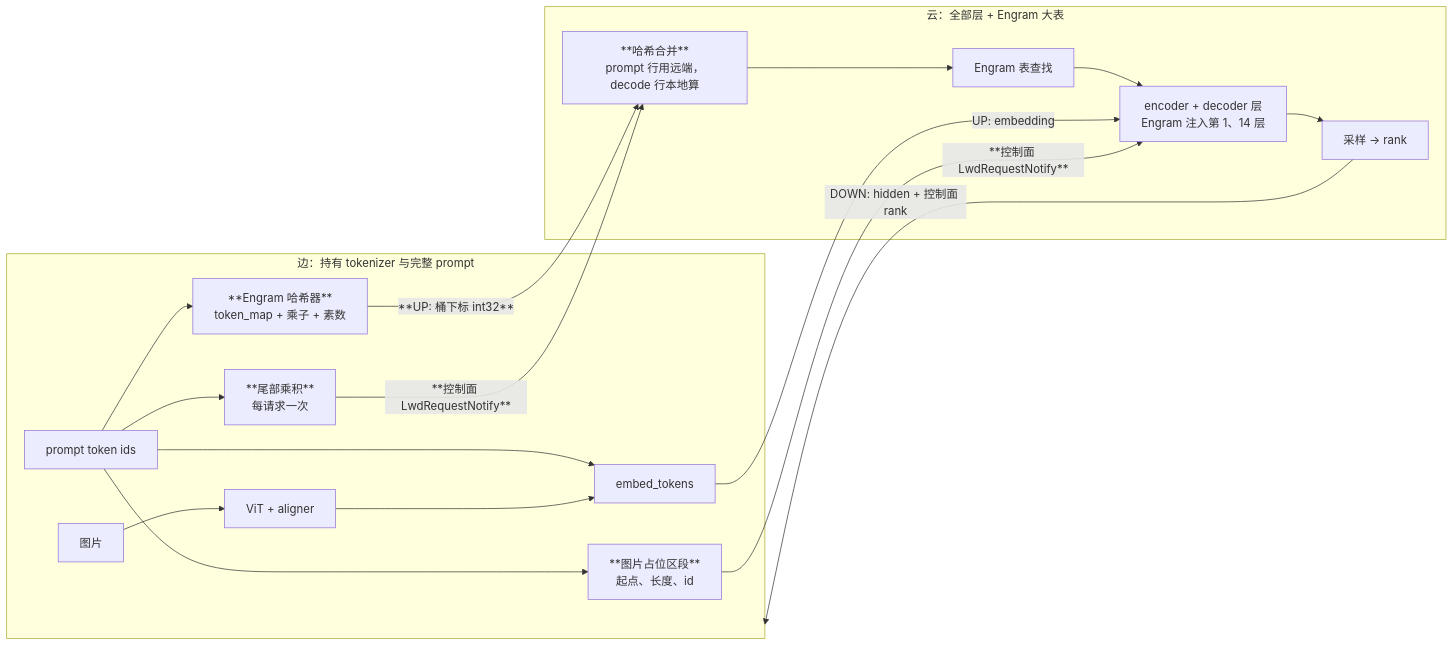
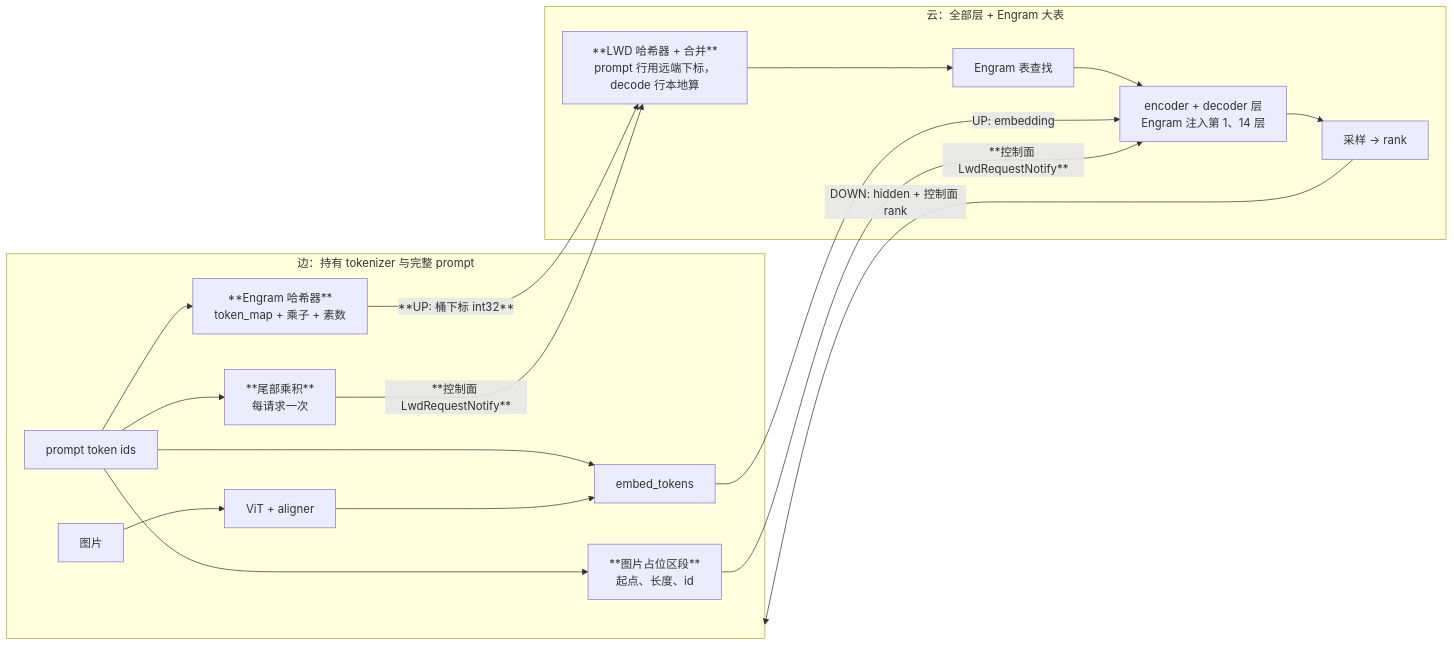
The first of 2 diagrams in docs/design/lwd_deepseek_v41.md (vllm-data-comm/vllm), drawn with Mermaid before and after one commit. The commit also changed other lines of this file, not shown here.

First line of the commit message:
docs(lwd): compute cloud decode-row Engram hashes in an LWD-owned hasher

````diff
--- a/docs/design/lwd_deepseek_v41.md
+++ b/docs/design/lwd_deepseek_v41.md
@@ -105,23 +105,23 @@
 ```mermaid
 flowchart LR
     subgraph Edge["边：持有 tokenizer 与完整 prompt"]
         TOK["prompt token ids"] --> EMB["embed_tokens"]
         TOK --> HASH["**Engram 哈希器**<br/>token_map + 乘子 + 素数"]
         TOK --> TAIL["**尾部乘积**<br/>每请求一次"]
         IMG["图片"] --> VIT["ViT + aligner"]
         VIT --> EMB
         TOK --> SPAN["**图片占位区段**<br/>起点、长度、id"]
     end
     subgraph Cloud["云：全部层 + Engram 大表"]
-        MERGE["**哈希合并**<br/>prompt 行用远端，decode 行本地算"]
+        MERGE["**LWD 哈希器 + 合并**<br/>prompt 行用远端下标，decode 行本地算"]
         TABLE["Engram 表查找"]
         LAYERS["encoder + decoder 层<br/>Engram 注入第 1、14 层"]
         SAMPLE["采样 → rank"]
         MERGE --> TABLE --> LAYERS --> SAMPLE
     end
     EMB -- "UP: embedding" --> LAYERS
     HASH -- "**UP: 桶下标 int32**" --> MERGE
     TAIL -- "**控制面 LwdRequestNotify**" --> MERGE
     SPAN -- "**控制面 LwdRequestNotify**" --> LAYERS
     SAMPLE -- "DOWN: hidden + 控制面 rank" --> Edge
 ```
````
